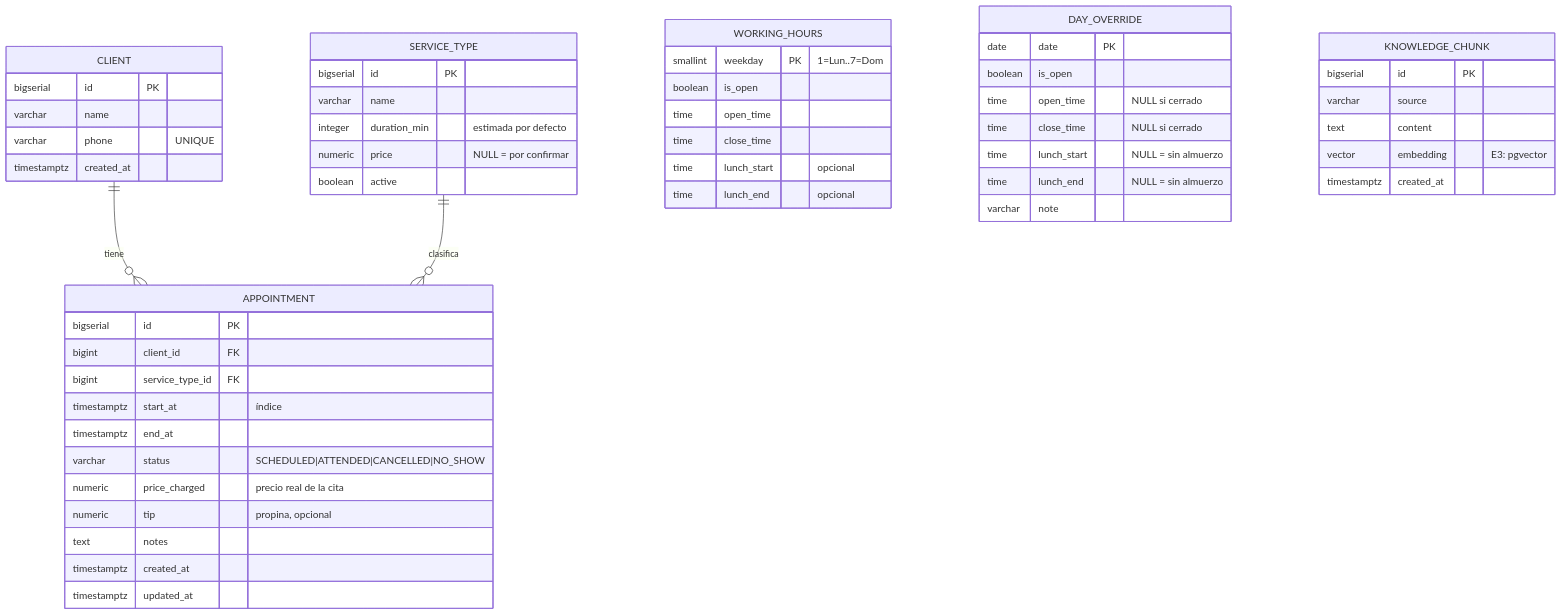
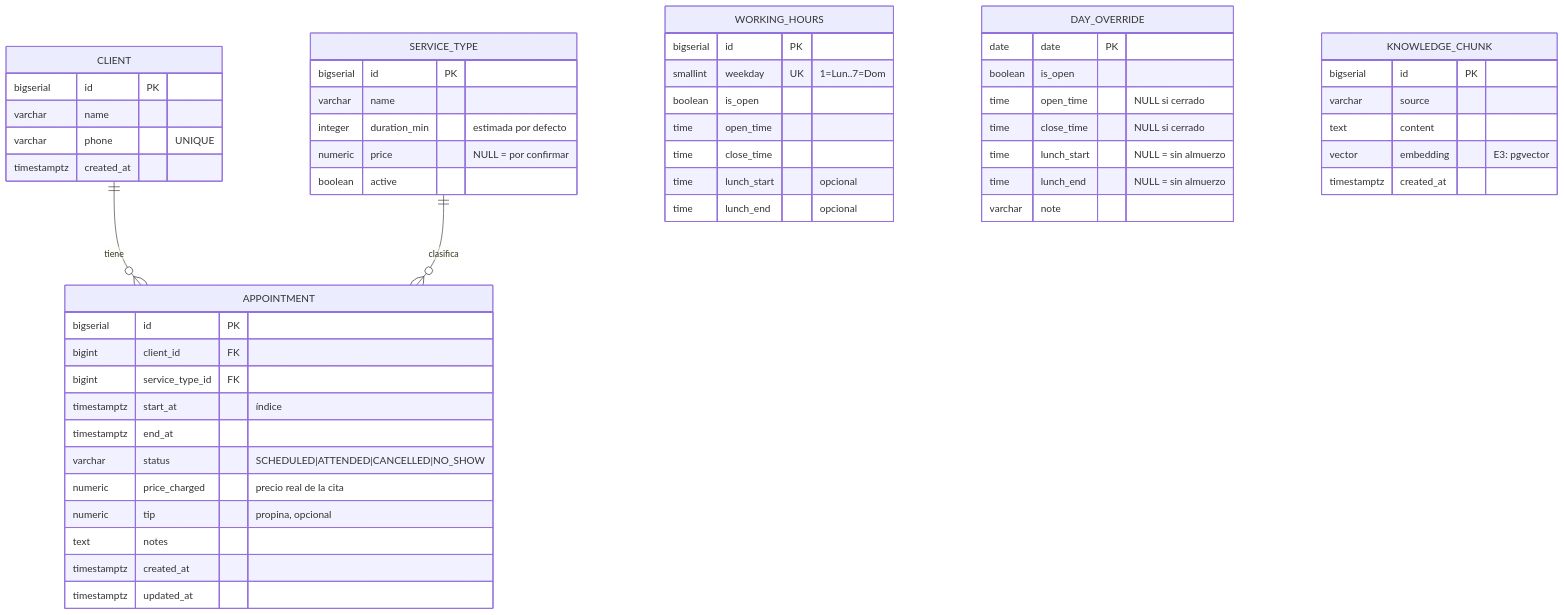
One commit to JohnDehiby25/turnos-ia changed the diagram in diseño/diagrama-bd.md. Above: the diagram before and after it, drawn with Mermaid. The commit also changed 22 other files, not shown here.

````diff
--- a/diseño/diagrama-bd.md
+++ b/diseño/diagrama-bd.md
@@ -3,61 +3,62 @@
 ```mermaid
 erDiagram
     CLIENT ||--o{ APPOINTMENT : tiene
     SERVICE_TYPE ||--o{ APPOINTMENT : clasifica
 
     CLIENT {
         bigserial id PK
         varchar name
         varchar phone "UNIQUE"
         timestamptz created_at
     }
 
     SERVICE_TYPE {
         bigserial id PK
         varchar name
         integer duration_min "estimada por defecto"
         numeric price "NULL = por confirmar"
         boolean active
     }
 
     APPOINTMENT {
         bigserial id PK
         bigint client_id FK
         bigint service_type_id FK
         timestamptz start_at "índice"
         timestamptz end_at
         varchar status "SCHEDULED|ATTENDED|CANCELLED|NO_SHOW"
         numeric price_charged "precio real de la cita"
         numeric tip "propina, opcional"
         text notes
         timestamptz created_at
         timestamptz updated_at
     }
 
     WORKING_HOURS {
-        smallint weekday PK "1=Lun..7=Dom"
+        bigserial id PK
+        smallint weekday UK "1=Lun..7=Dom"
         boolean is_open
         time open_time
         time close_time
         time lunch_start "opcional"
         time lunch_end "opcional"
     }
 
     DAY_OVERRIDE {
         date date PK
         boolean is_open
         time open_time "NULL si cerrado"
         time close_time "NULL si cerrado"
         time lunch_start "NULL = sin almuerzo"
         time lunch_end "NULL = sin almuerzo"
         varchar note
     }
 
     KNOWLEDGE_CHUNK {
         bigserial id PK
         varchar source
         text content
         vector embedding "E3: pgvector"
         timestamptz created_at
     }
 ```
````
